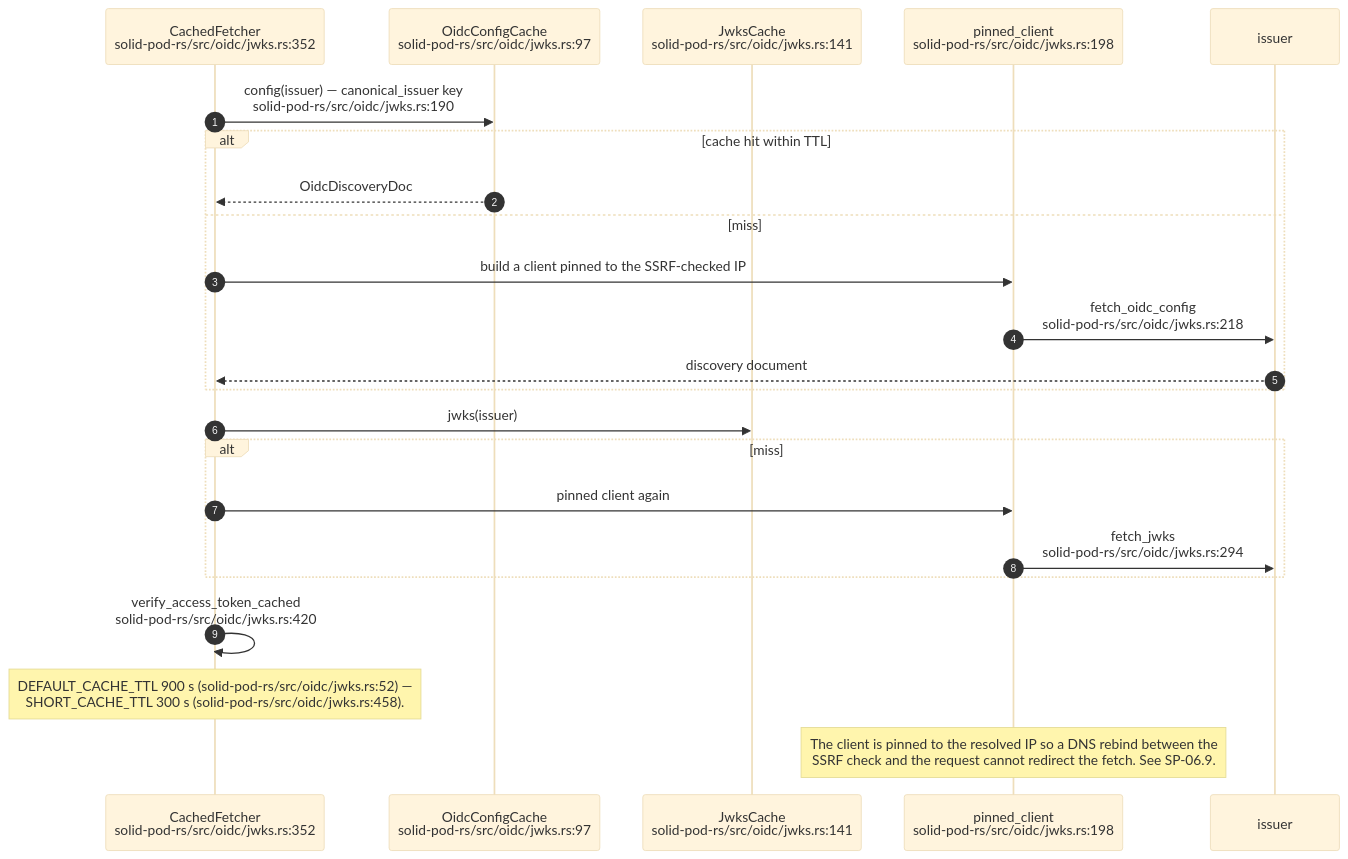
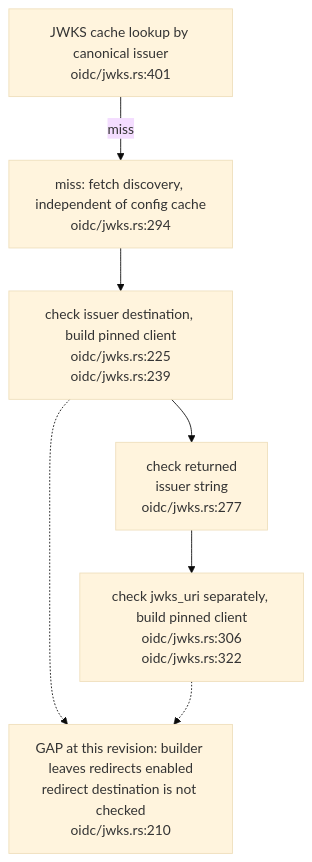
Before and after one commit to DreamLab-AI/VisionFlow: the eighth of 18 diagrams in docs/diagrams/solid-pod-rs/05-identity-nip98-did-oidc.md, drawn with Mermaid (base theme). The commit also changed other lines of this file and 55 other files, not shown here.

Commit message:
docs: assess Solid OIDC admission and guarded fetching

````diff
--- a/docs/diagrams/solid-pod-rs/05-identity-nip98-did-oidc.md
+++ b/docs/diagrams/solid-pod-rs/05-identity-nip98-did-oidc.md
@@ -272,26 +242,12 @@
 ```mermaid
-sequenceDiagram
-    autonumber
-    participant V as CachedFetcher<br/>solid-pod-rs/src/oidc/jwks.rs:352
-    participant CC as OidcConfigCache<br/>solid-pod-rs/src/oidc/jwks.rs:97
-    participant JC as JwksCache<br/>solid-pod-rs/src/oidc/jwks.rs:141
-    participant P as pinned_client<br/>solid-pod-rs/src/oidc/jwks.rs:198
-    participant I as issuer
-
-    V->>CC: config(issuer) — canonical_issuer key<br/>solid-pod-rs/src/oidc/jwks.rs:190
-    alt cache hit within TTL
-        CC-->>V: OidcDiscoveryDoc
-    else miss
-        V->>P: build a client pinned to the SSRF-checked IP
-        P->>I: fetch_oidc_config<br/>solid-pod-rs/src/oidc/jwks.rs:218
-        I-->>V: discovery document
-    end
-    V->>JC: jwks(issuer)
-    alt miss
-        V->>P: pinned client again
-        P->>I: fetch_jwks<br/>solid-pod-rs/src/oidc/jwks.rs:294
-    end
-    V->>V: verify_access_token_cached<br/>solid-pod-rs/src/oidc/jwks.rs:420
-    Note over V: DEFAULT_CACHE_TTL 900 s (solid-pod-rs/src/oidc/jwks.rs:52) —<br/>SHORT_CACHE_TTL 300 s (solid-pod-rs/src/oidc/jwks.rs:458).
-    Note over P: The client is pinned to the resolved IP so a DNS rebind between the<br/>SSRF check and the request cannot redirect the fetch. See SP-06.9.
+flowchart TD
+    CACHE["JWKS cache lookup by canonical issuer<br/>oidc/jwks.rs:401"]
+    DISC["miss: fetch discovery, independent of config cache<br/>oidc/jwks.rs:294"]
+    POLICY["check issuer destination, build pinned client<br/>oidc/jwks.rs:225<br/>oidc/jwks.rs:239"]
+    ISS["check returned<br/>issuer string<br/>oidc/jwks.rs:277"]
+    JWK["check jwks_uri separately, build pinned client<br/>oidc/jwks.rs:306<br/>oidc/jwks.rs:322"]
+    GAP["GAP at this revision: builder leaves redirects enabled<br/>redirect destination is not checked<br/>oidc/jwks.rs:210"]
+    CACHE -->|miss| DISC --> POLICY --> ISS --> JWK
+    POLICY -.-> GAP
+    JWK -.-> GAP
 ```
````
